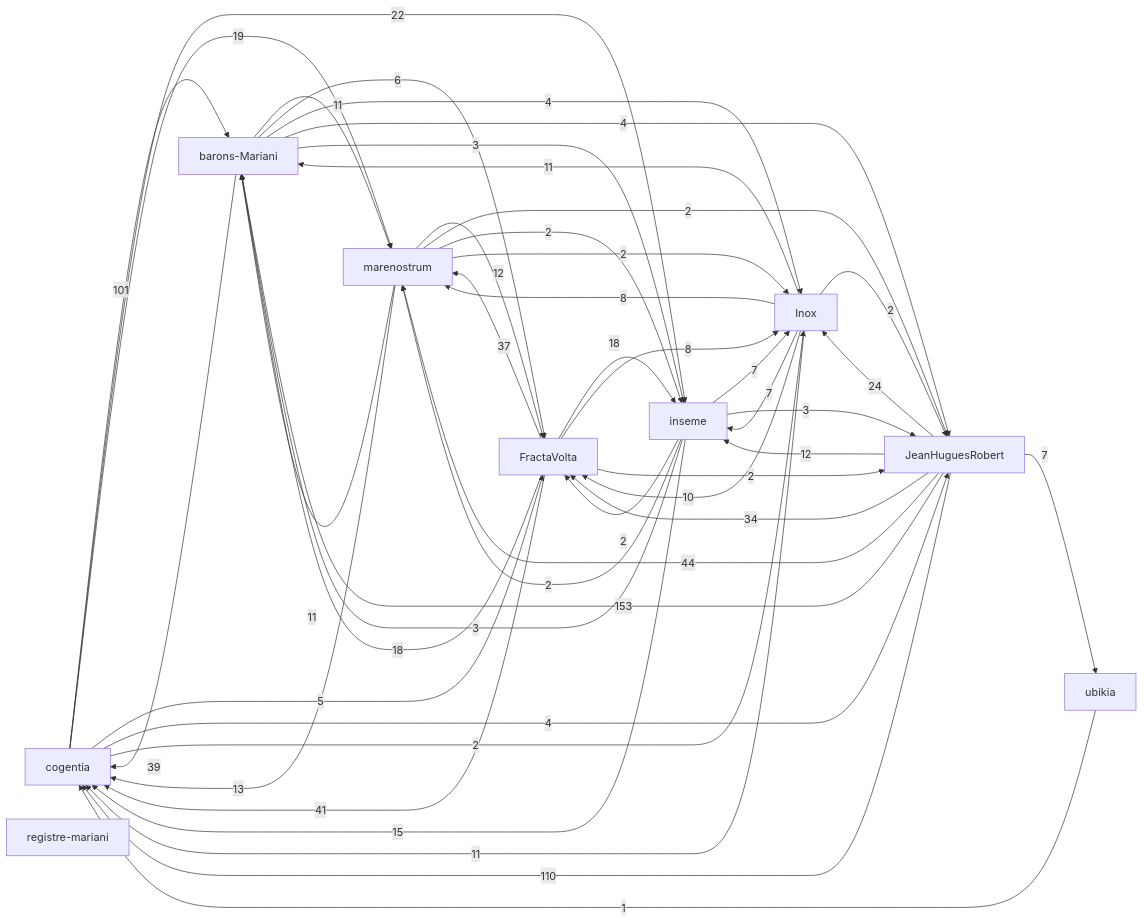
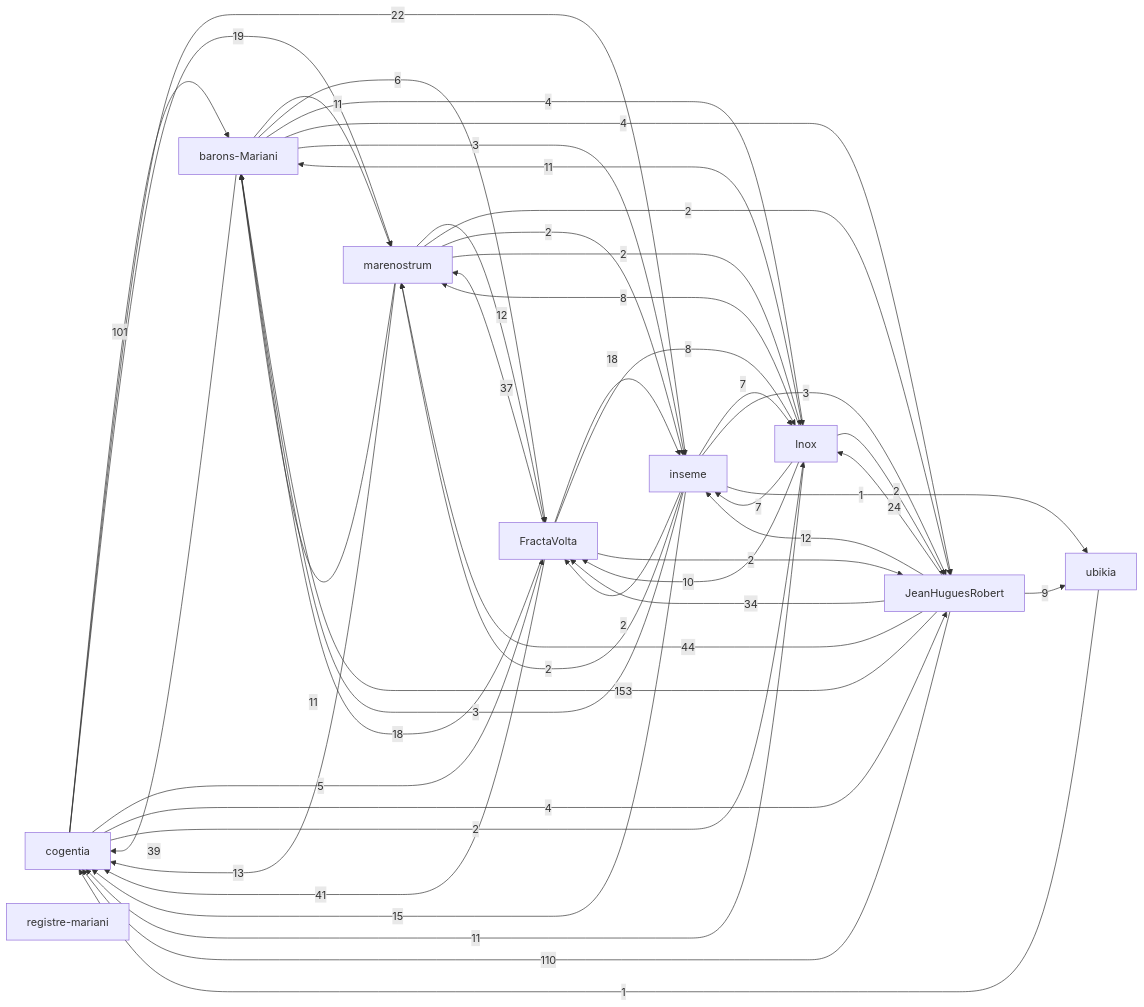
Before and after one commit to JeanHuguesRobert/FractaVolta: the first of 2 diagrams in research/corpus-status.md, drawn with Mermaid. The commit also changed 2 other files, not shown here.

Commit message:
Update public corpus navigation

````diff
--- a/research/corpus-status.md
+++ b/research/corpus-status.md
@@ -48,56 +48,57 @@
 ```mermaid
 graph LR
   r_cogentia["cogentia"]
   r_fractavolta["FractaVolta"]
   r_marenostrum["marenostrum"]
   r_barons_mariani["barons-Mariani"]
   r_inseme["inseme"]
   r_inox["Inox"]
   r_registre_mariani["registre-mariani"]
   r_ubikia["ubikia"]
   r_jeanhuguesrobert["JeanHuguesRobert"]
   r_jeanhuguesrobert -->|153| r_barons_mariani
   r_jeanhuguesrobert -->|110| r_cogentia
   r_cogentia -->|101| r_barons_mariani
   r_jeanhuguesrobert -->|44| r_marenostrum
   r_fractavolta -->|41| r_cogentia
   r_barons_mariani -->|39| r_cogentia
   r_fractavolta -->|37| r_marenostrum
   r_jeanhuguesrobert -->|34| r_fractavolta
   r_jeanhuguesrobert -->|24| r_inox
   r_cogentia -->|22| r_inseme
   r_cogentia -->|19| r_marenostrum
   r_fractavolta -->|18| r_inseme
   r_fractavolta -->|18| r_barons_mariani
   r_inseme -->|15| r_cogentia
   r_marenostrum -->|13| r_cogentia
   r_jeanhuguesrobert -->|12| r_inseme
   r_marenostrum -->|12| r_fractavolta
   r_barons_mariani -->|11| r_marenostrum
   r_inox -->|11| r_barons_mariani
   r_inox -->|11| r_cogentia
   r_marenostrum -->|11| r_barons_mariani
   r_inox -->|10| r_fractavolta
+  r_jeanhuguesrobert -->|9| r_ubikia
   r_fractavolta -->|8| r_inox
   r_inox -->|8| r_marenostrum
   r_inox -->|7| r_inseme
   r_inseme -->|7| r_inox
-  r_jeanhuguesrobert -->|7| r_ubikia
   r_barons_mariani -->|6| r_fractavolta
   r_cogentia -->|5| r_fractavolta
   r_barons_mariani -->|4| r_inox
   r_barons_mariani -->|4| r_jeanhuguesrobert
   r_cogentia -->|4| r_jeanhuguesrobert
   r_barons_mariani -->|3| r_inseme
   r_inseme -->|3| r_barons_mariani
   r_inseme -->|3| r_jeanhuguesrobert
   r_cogentia -->|2| r_inox
   r_fractavolta -->|2| r_jeanhuguesrobert
   r_inox -->|2| r_jeanhuguesrobert
   r_inseme -->|2| r_marenostrum
   r_inseme -->|2| r_fractavolta
   r_marenostrum -->|2| r_jeanhuguesrobert
   r_marenostrum -->|2| r_inseme
   r_marenostrum -->|2| r_inox
+  r_inseme -->|1| r_ubikia
   r_ubikia -->|1| r_cogentia
 ```
````
